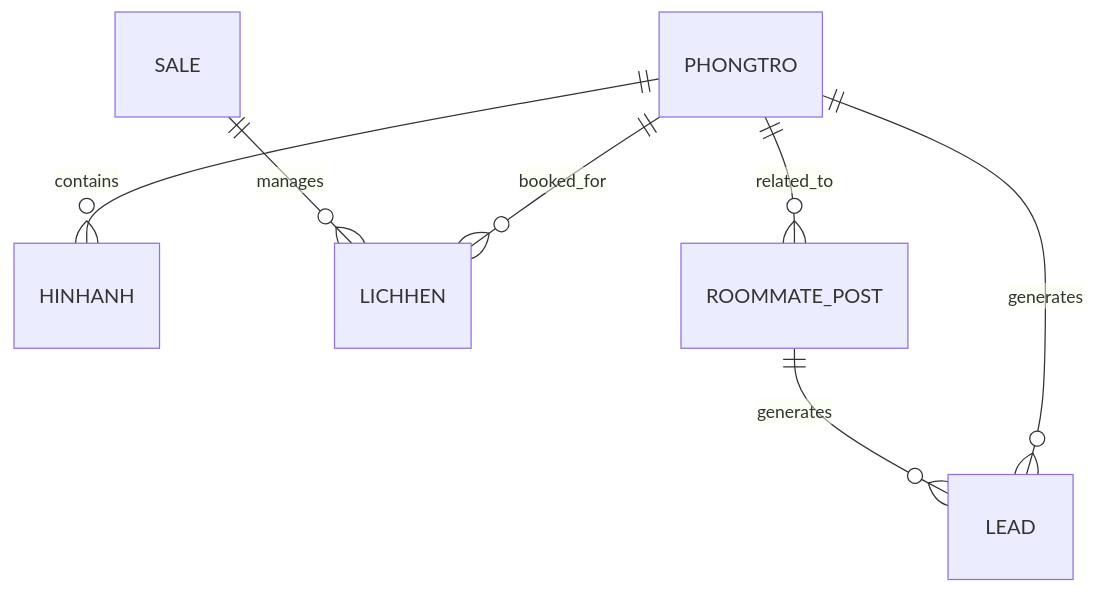
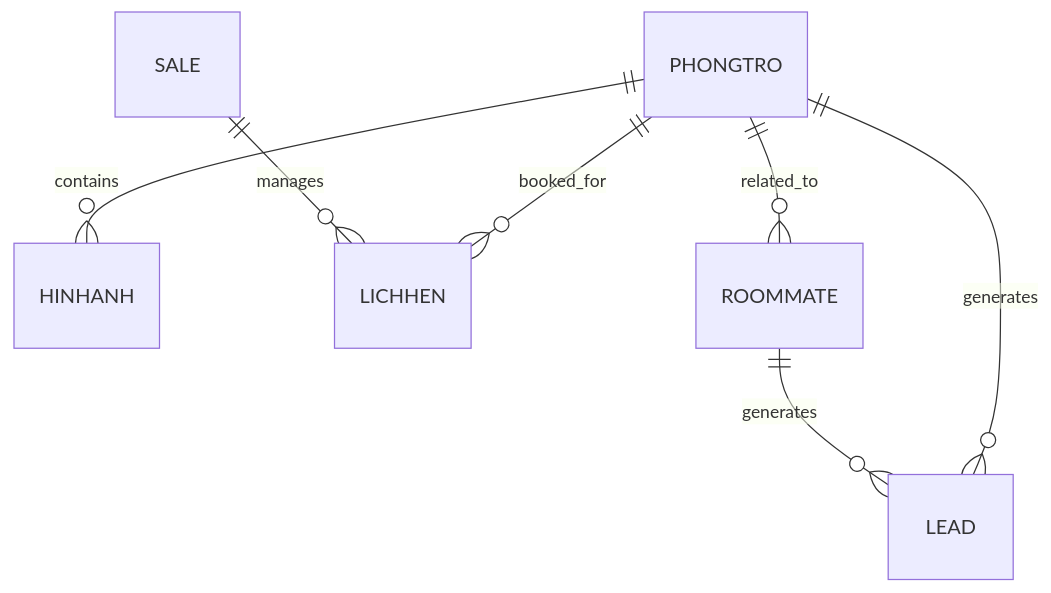
The diagram in docs/database_structure.md (ryantr-statinops/HomeMatch), drawn with Mermaid before and after one commit. The commit also changed other lines of this file and 8 other files, not shown here.

````diff
--- a/docs/database_structure.md
+++ b/docs/database_structure.md
@@ -32,12 +34,12 @@
 ```mermaid
 erDiagram
 
     PHONGTRO ||--o{ HINHANH : contains
     PHONGTRO ||--o{ LICHHEN : booked_for
-    PHONGTRO ||--o{ ROOMMATE_POST : related_to
+    PHONGTRO ||--o{ ROOMMATE : related_to
 
     SALE ||--o{ LICHHEN : manages
 
     PHONGTRO ||--o{ LEAD : generates
-    ROOMMATE_POST ||--o{ LEAD : generates
+    ROOMMATE ||--o{ LEAD : generates
 ```
````
